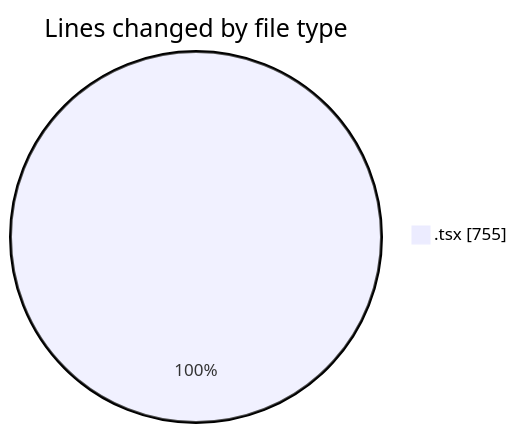
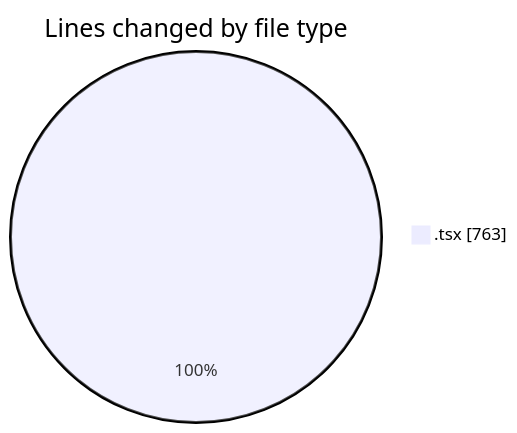
Before and after one commit to momahboobian/code-tracking: the first of 2 diagrams in 2026-11-11/cda/README.md, drawn with Mermaid. The commit also changed other lines of this file and 1 other file, not shown here.

````diff
--- a/2026-11-11/cda/README.md
+++ b/2026-11-11/cda/README.md
@@ -21,5 +21,5 @@
 ```mermaid
 pie showData
 title Lines changed by file type
-".tsx" : 755
+".tsx" : 763
 ```
````
